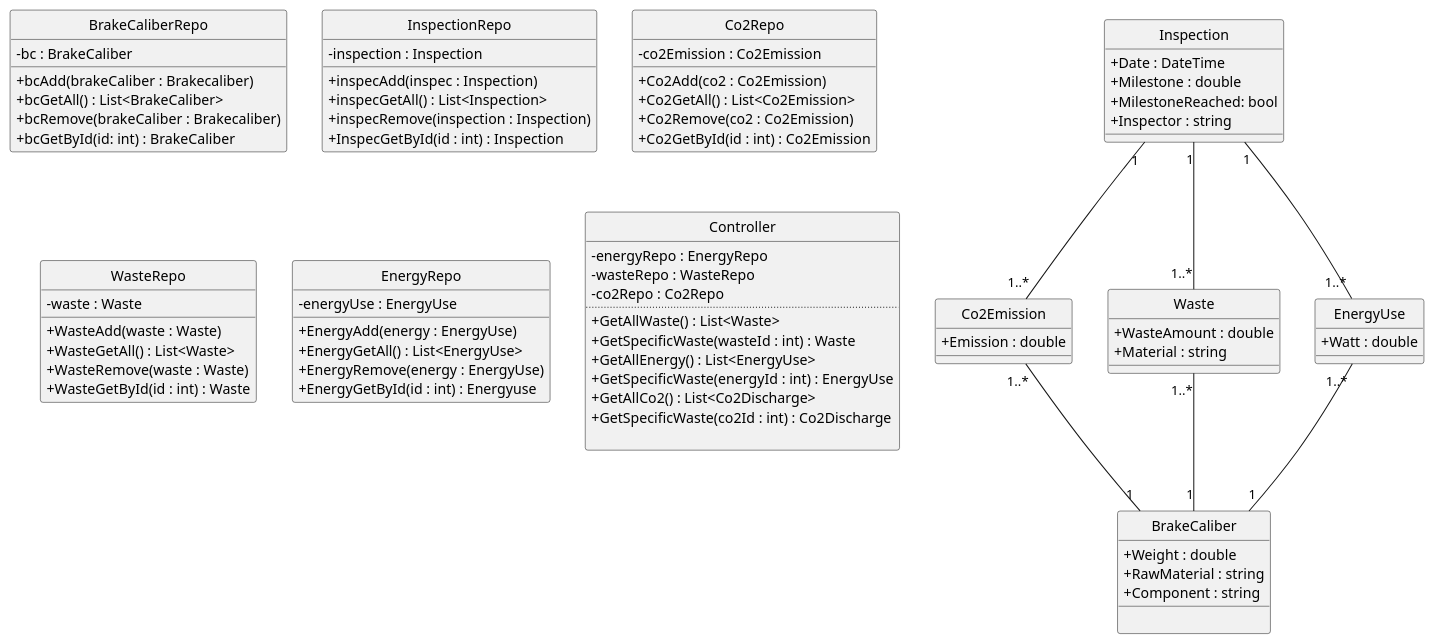
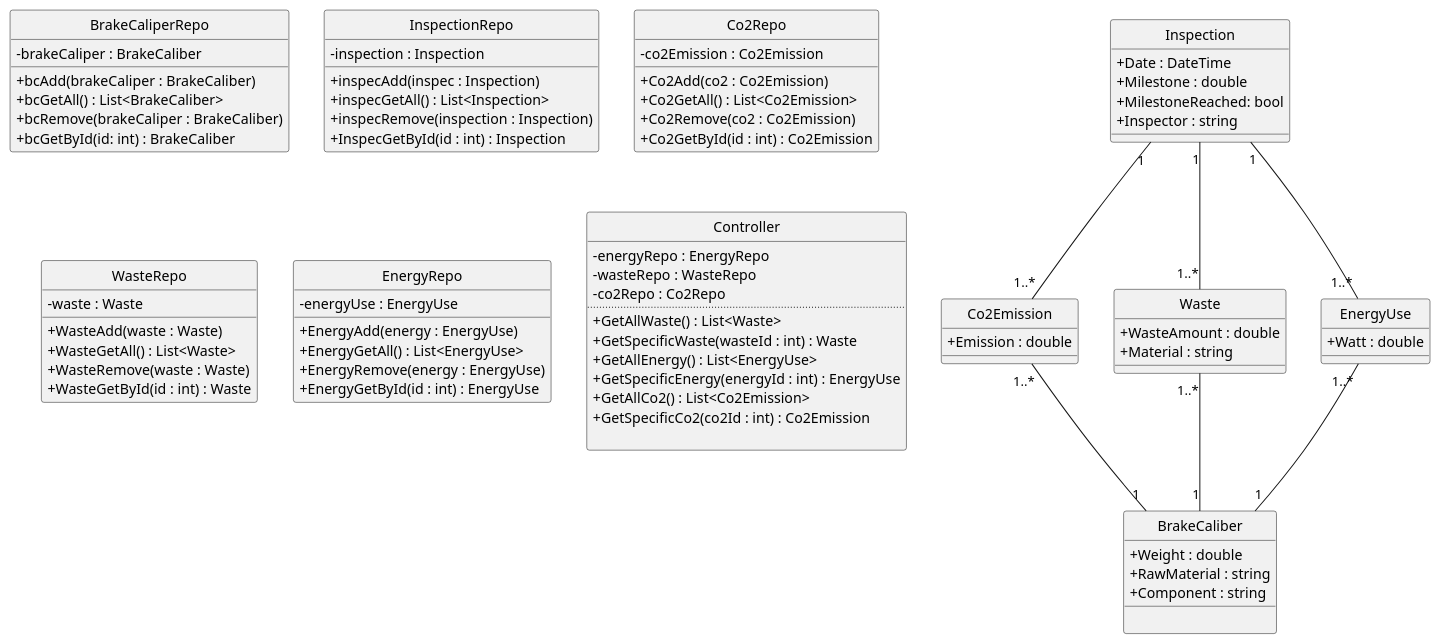
Before and after one commit to FilipMeldal/Team1A: the diagram in Budweg/Artefacts/BudwegDCD.plantuml, drawn with PlantUML. The commit also changed 5 other files, not shown here.

```diff
--- a/Budweg/Artefacts/BudwegDCD.plantuml
+++ b/Budweg/Artefacts/BudwegDCD.plantuml
@@ -1,115 +1,112 @@
 @startuml
 hide circle
 skinparam classAttributeIconSize 0
 
 Co2Emission "1..*" -- "1" BrakeCaliber
 Waste "1..*" -- "1" BrakeCaliber
 EnergyUse "1..*" -- "1" BrakeCaliber
 Inspection "1" -- "1..*" Co2Emission
 Inspection "1" -- "1..*" Waste
 Inspection "1" -- "1..*" EnergyUse
 
 
 Class BrakeCaliber
 {
     +Weight : double
     +RawMaterial : string
     +Component : string
     __
     
 }
 
 Class Co2Emission 
 {
     +Emission : double
 }
 
 Class Waste
 {
     +WasteAmount : double
     +Material : string
 }
 
 Class EnergyUse
 {
     +Watt : double
 }
 
 Class Inspection
 {
     +Date : DateTime
     +Milestone : double
     +MilestoneReached: bool
     +Inspector : string
 }
 
-Class BrakeCaliberRepo
+Class BrakeCaliperRepo
 {
-    -bc : BrakeCaliber
+    -brakeCaliper : BrakeCaliber
     __
-    +bcAdd(brakeCaliber : Brakecaliber)
+    +bcAdd(brakeCaliper : BrakeCaliber)
     +bcGetAll() : List<BrakeCaliber>
-    +bcRemove(brakeCaliber : Brakecaliber)   
+    +bcRemove(brakeCaliper : BrakeCaliber)   
     +bcGetById(id: int) : BrakeCaliber
 }
 
 Class InspectionRepo
 { 
     -inspection : Inspection
     __
     +inspecAdd(inspec : Inspection)
     +inspecGetAll() : List<Inspection>
     +inspecRemove(inspection : Inspection)
     +InspecGetById(id : int) : Inspection
 }
 
 
 Class Co2Repo
 {
     -co2Emission : Co2Emission
     __
     +Co2Add(co2 : Co2Emission)
     +Co2GetAll() : List<Co2Emission>
     +Co2Remove(co2 : Co2Emission)
     +Co2GetById(id : int) : Co2Emission
 }
 
 Class WasteRepo
 {
     -waste : Waste
     __
     +WasteAdd(waste : Waste)
     +WasteGetAll() : List<Waste>
     +WasteRemove(waste : Waste)
     +WasteGetById(id : int) : Waste
 }
 
 Class EnergyRepo
 {
     -energyUse : EnergyUse
     __
     +EnergyAdd(energy : EnergyUse)
     +EnergyGetAll() : List<EnergyUse>
     +EnergyRemove(energy : EnergyUse)
-    +EnergyGetById(id : int) : Energyuse
+    +EnergyGetById(id : int) : EnergyUse
 }
-
-
-
 
 Class Controller
 {
 -energyRepo : EnergyRepo
 -wasteRepo : WasteRepo
 -co2Repo : Co2Repo
 ..
 +GetAllWaste() : List<Waste>
 +GetSpecificWaste(wasteId : int) : Waste
 +GetAllEnergy() : List<EnergyUse>
-+GetSpecificWaste(energyId : int) : EnergyUse
-+GetAllCo2() : List<Co2Discharge>
-+GetSpecificWaste(co2Id : int) : Co2Discharge
++GetSpecificEnergy(energyId : int) : EnergyUse
++GetAllCo2() : List<Co2Emission>
++GetSpecificCo2(co2Id : int) : Co2Emission
 
 }
 
 @enduml
```
